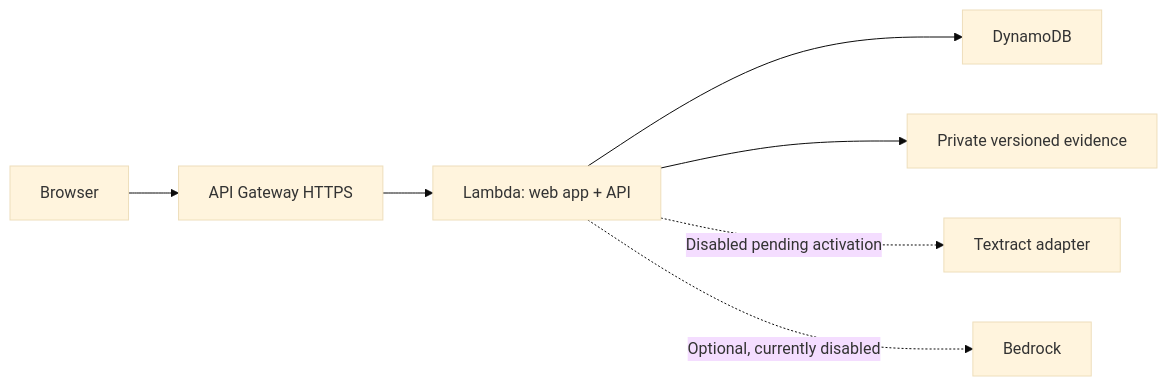
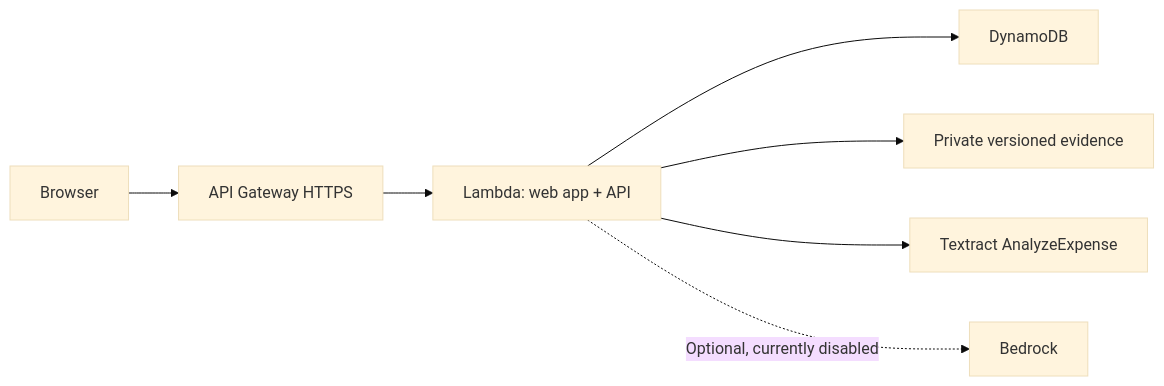
Before and after one commit to Induj1/receiverright: the diagram in docs/BUILDER-BLOG-DRAFT.md, drawn with Mermaid (base theme). The commit also changed other lines of this file and 8 other files, not shown here.

````diff
--- a/docs/BUILDER-BLOG-DRAFT.md
+++ b/docs/BUILDER-BLOG-DRAFT.md
@@ -41,9 +41,9 @@
 ```mermaid
 flowchart LR
   Browser --> Gateway[API Gateway HTTPS]
   Gateway --> Lambda[Lambda: web app + API]
   Lambda --> DynamoDB
   Lambda --> S3[Private versioned evidence]
-  Lambda -. Disabled pending activation .-> Textract[Textract adapter]
+  Lambda --> Textract[Textract AnalyzeExpense]
   Lambda -. Optional, currently disabled .-> Bedrock
 ```
````
